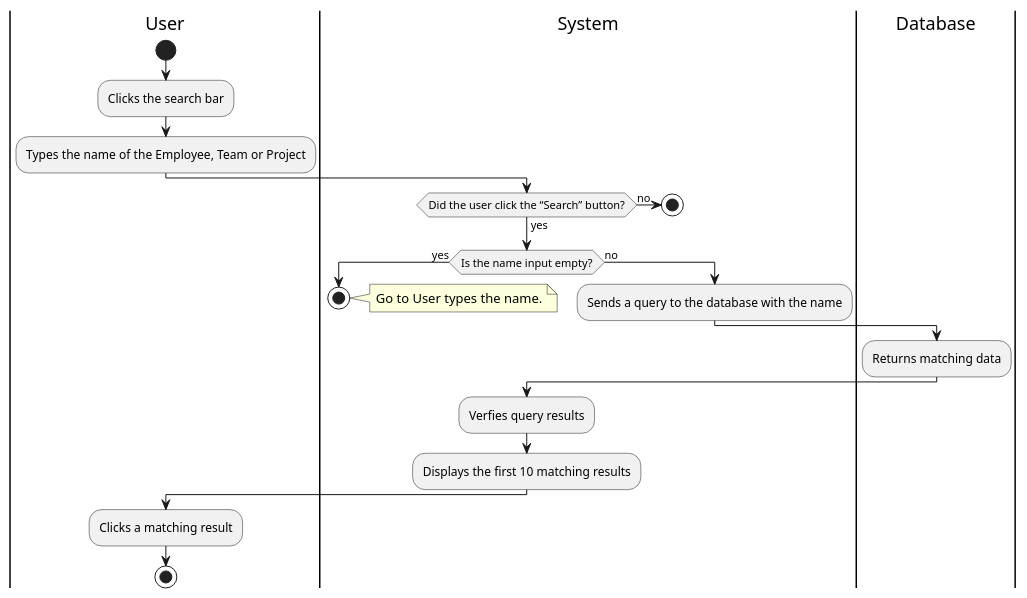
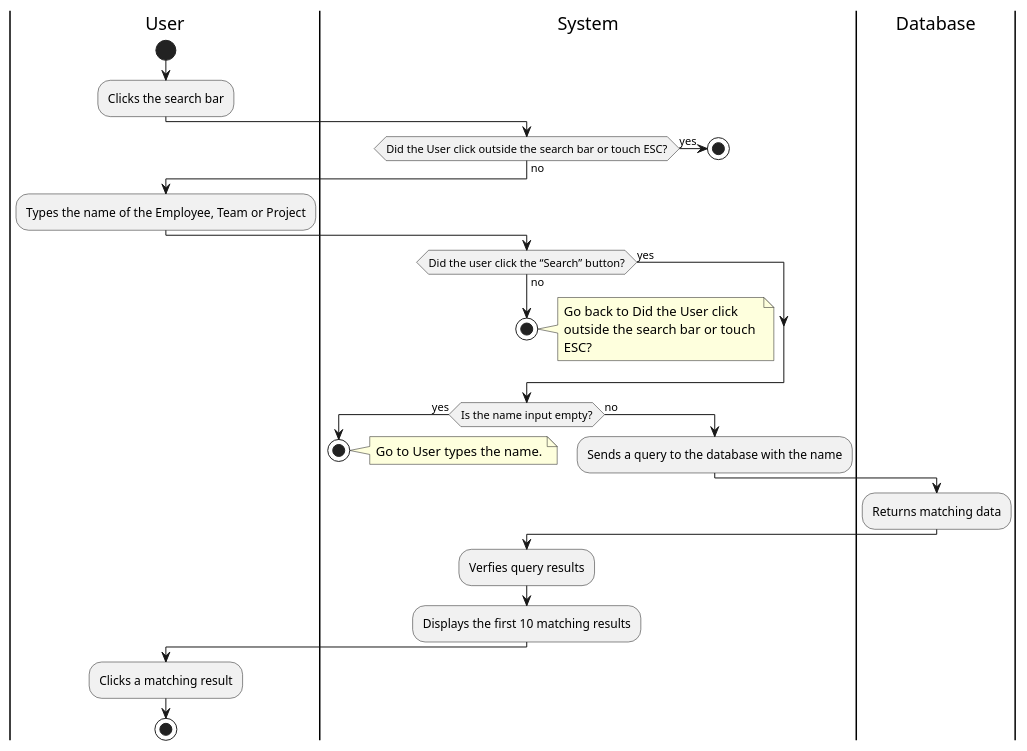
One commit to Berthou05/LimboSoftwareDevelopment_Change.org changed the diagram in documentation/activity_diagrams/HS-01-ActivityDiagram.puml. Above: the diagram before and after it, drawn with PlantUML. The commit also changed 8 other files, not shown here.

Commit message:
[DOCS]: Correction of Activity Diagrams. Addition of ADMIN-02 AD.

```diff
--- a/documentation/activity_diagrams/HS-01-ActivityDiagram.puml
+++ b/documentation/activity_diagrams/HS-01-ActivityDiagram.puml
@@ -1,33 +1,45 @@
 @startuml
 
 |User|
 start
 :Clicks the search bar;
+|System|
+if(Did the User click outside the search bar or touch ESC?) is (yes) then
+    stop
+else(no)
+end if
+
+|User|
 :Types the name of the Employee, Team or Project;
 |System|
-if(Did the user click the “Search” button?) is (no) then
+if(Did the user click the “Search” button?) is (yes) then
+    
+else(no)
     stop
-else(yes)
-
+    note right
+        Go back to Did the User click 
+        outside the search bar or touch 
+        ESC?
+    end note
 end if
 |System|
 if(Is the name input empty?) is (yes) then
     stop
     note right
         Go to User types the name.
     end note
 else(no)
     |System|
     :Sends a query to the database with the name;
 end if
 |Database|
 :Returns matching data;
 |System|
 :Verfies query results;
 :Displays the first 10 matching results;
 |User|
 :Clicks a matching result;
 stop
 
 
 @enduml
```
